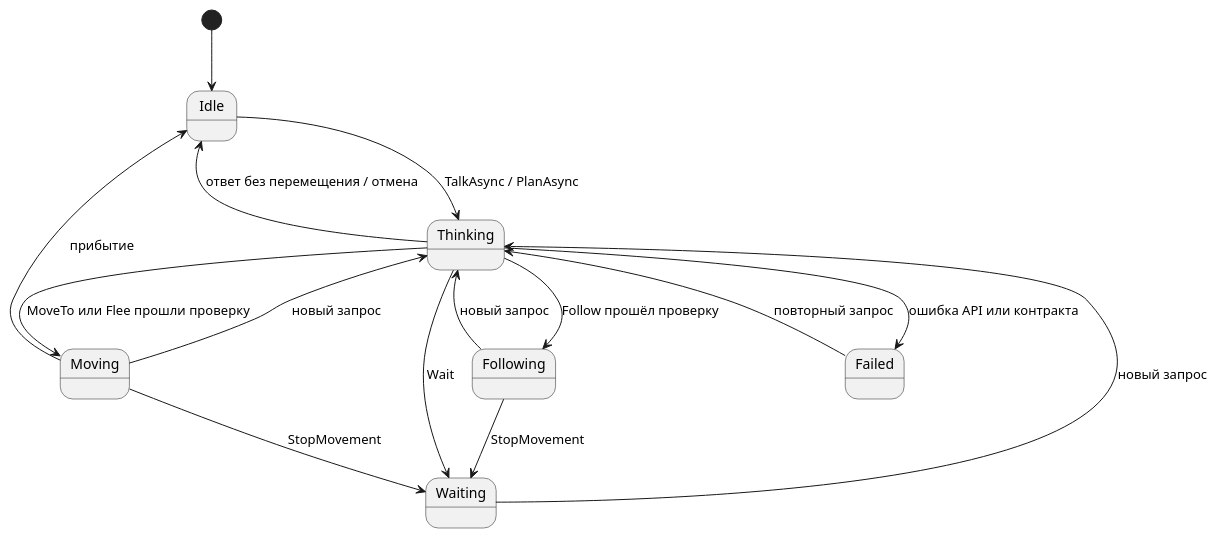
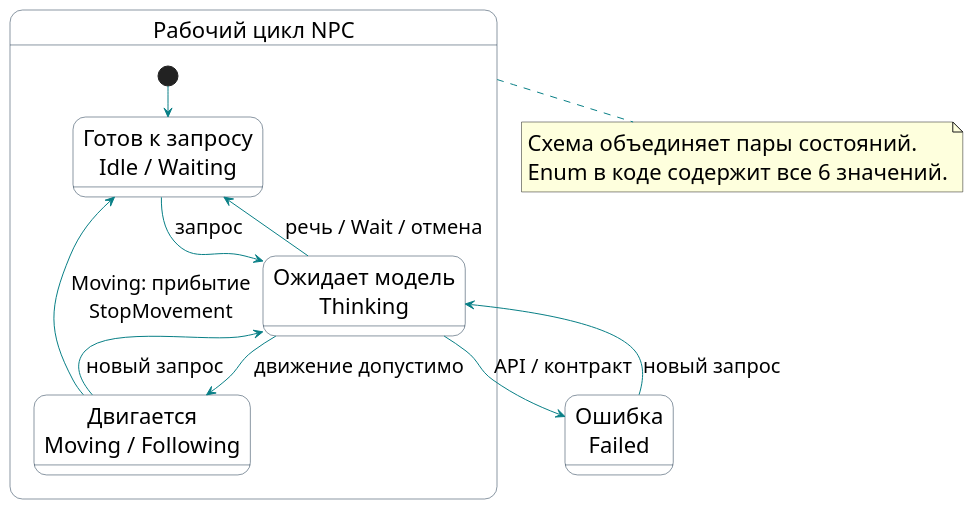
One commit to saslekawaiii/scenepilot-unity changed the diagram in docs/uml/state.puml. Above: the diagram before and after it, drawn with PlantUML. The commit also changed 613 other files, not shown here.

```diff
--- a/docs/uml/state.puml
+++ b/docs/uml/state.puml
@@ -1,18 +1,33 @@
 @startuml
 skinparam defaultFontName Arial
+skinparam defaultFontSize 20
+skinparam ArrowFontSize 18
 skinparam shadowing false
-[*] --> Idle
-Idle --> Thinking : TalkAsync / PlanAsync
-Waiting --> Thinking : новый запрос
-Failed --> Thinking : повторный запрос
-Thinking --> Idle : ответ без перемещения / отмена
-Thinking --> Moving : MoveTo или Flee прошли проверку
-Thinking --> Following : Follow прошёл проверку
-Thinking --> Waiting : Wait
-Thinking --> Failed : ошибка API или контракта
-Moving --> Idle : прибытие
-Moving --> Thinking : новый запрос
-Following --> Thinking : новый запрос
-Following --> Waiting : StopMovement
-Moving --> Waiting : StopMovement
+skinparam ArrowColor #087F86
+skinparam nodesep 24
+skinparam ranksep 30
+
+skinparam defaultFontSize 22
+skinparam ArrowFontSize 20
+skinparam stateBorderColor #142F46
+skinparam stateBackgroundColor white
+top to bottom direction
+state "Рабочий цикл NPC" as Cycle {
+  state "Готов к запросу\nIdle / Waiting" as Ready
+  state "Ожидает модель\nThinking" as Thinking
+  state "Двигается\nMoving / Following" as Moving
+  [*] --> Ready
+  Ready -down-> Thinking : запрос
+  Thinking -down-> Moving : движение допустимо
+  Moving -up-> Ready : Moving: прибытие\nStopMovement
+  Thinking -left-> Ready : речь / Wait / отмена
+  Moving -right-> Thinking : новый запрос
+}
+state "Ошибка\nFailed" as Failed
+Thinking -down-> Failed : API / контракт
+Failed -up-> Thinking : новый запрос
+note bottom of Cycle
+  Схема объединяет пары состояний.
+  Enum в коде содержит все 6 значений.
+end note
 @enduml
```
